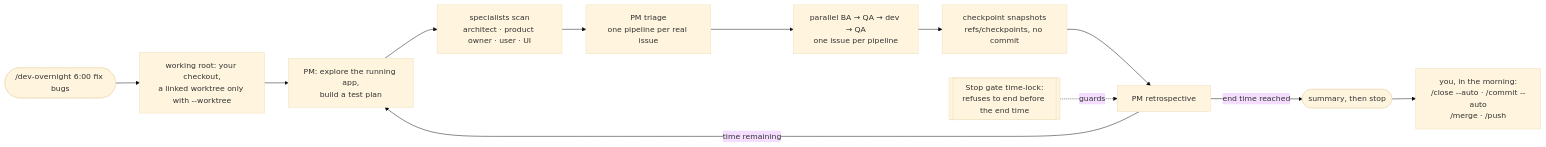
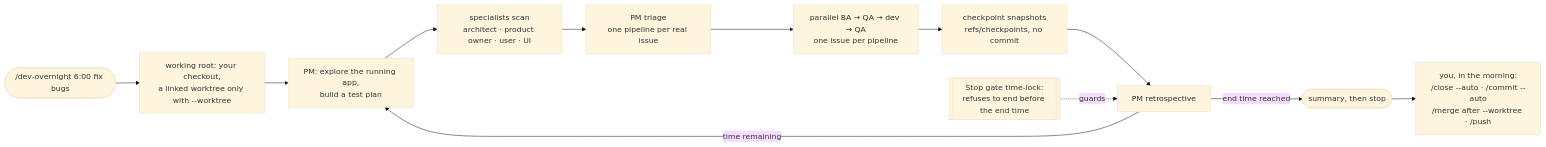
The second of 3 diagrams in README.md (Yugoge/awesome-claude-harness), drawn with Mermaid (base theme) before and after one commit. The commit also changed other lines of this file, not shown here.

````diff
--- a/README.md
+++ b/README.md
@@ -98,14 +214,14 @@
 ```mermaid
 flowchart LR
     S(["/dev-overnight 6:00 fix bugs"]) --> WT["working root: your checkout,<br/>a linked worktree only with --worktree"]
     WT --> PM["PM: explore the running app,<br/>build a test plan"]
     PM --> SP["specialists scan<br/>architect · product owner · user · UI"]
     SP --> TR["PM triage<br/>one pipeline per real issue"]
     TR --> PARA["parallel BA → QA → dev → QA<br/>one issue per pipeline"]
     PARA --> CP["checkpoint snapshots<br/>refs/checkpoints, no commit"]
     CP --> RT["PM retrospective"]
     RT -->|time remaining| PM
     RT -->|end time reached| SUM(["summary, then stop"])
-    SUM --> LAND["you, in the morning:<br/>/close --auto · /commit --auto<br/>/merge · /push"]
+    SUM --> LAND["you, in the morning:<br/>/close --auto · /commit --auto<br/>/merge after --worktree · /push"]
     TL[["Stop gate time-lock:<br/>refuses to end before the end time"]] -.guards.-> RT
 ```
````
